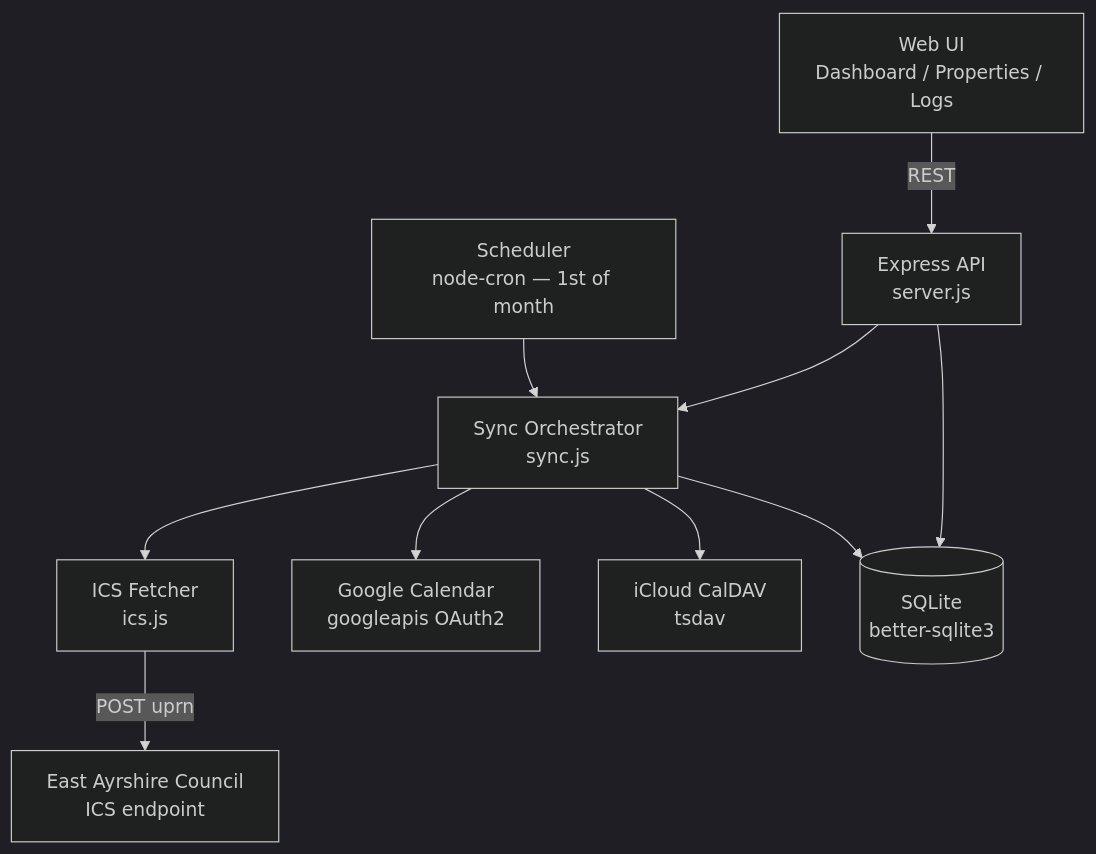
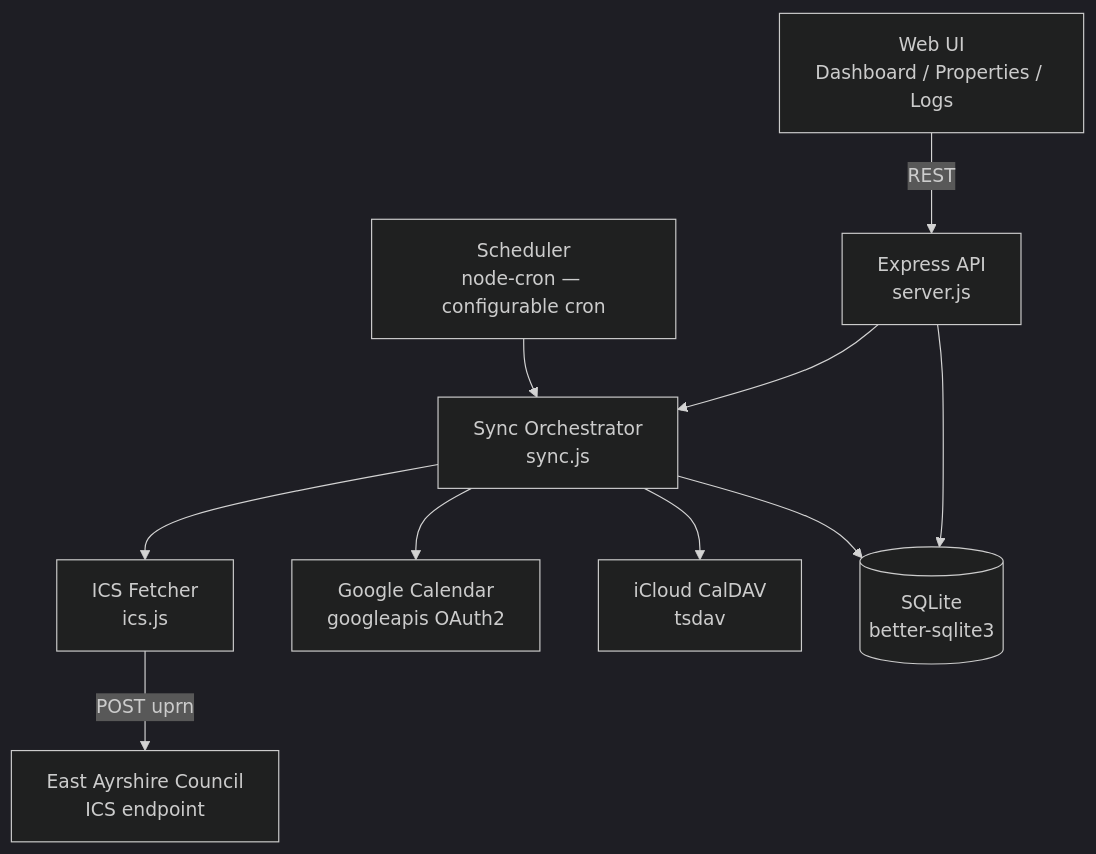
The diagram in README.md (alanwaddington/bin-calendar), drawn with Mermaid (dark theme) before and after one commit. The commit also changed other lines of this file and 1 other file, not shown here.

First line of the commit message:
#18 Update docs for configurable sync schedule (PR #19)

````diff
--- a/README.md
+++ b/README.md
@@ -18,22 +17,22 @@
 ```mermaid
 graph TD
     UI[Web UI<br/>Dashboard / Properties / Logs]
     API[Express API<br/>server.js]
-    SCHED[Scheduler<br/>node-cron — 1st of month]
+    SCHED[Scheduler<br/>node-cron — configurable cron]
     SYNC[Sync Orchestrator<br/>sync.js]
     ICS[ICS Fetcher<br/>ics.js]
     GOOGLE[Google Calendar<br/>googleapis OAuth2]
     ICLOUD[iCloud CalDAV<br/>tsdav]
     DB[(SQLite<br/>better-sqlite3)]
     EAC[East Ayrshire Council<br/>ICS endpoint]
 
     UI -->|REST| API
     API --> DB
     API --> SYNC
     SCHED --> SYNC
     SYNC --> ICS
     SYNC --> GOOGLE
     SYNC --> ICLOUD
     SYNC --> DB
     ICS -->|POST uprn| EAC
 ```
````
